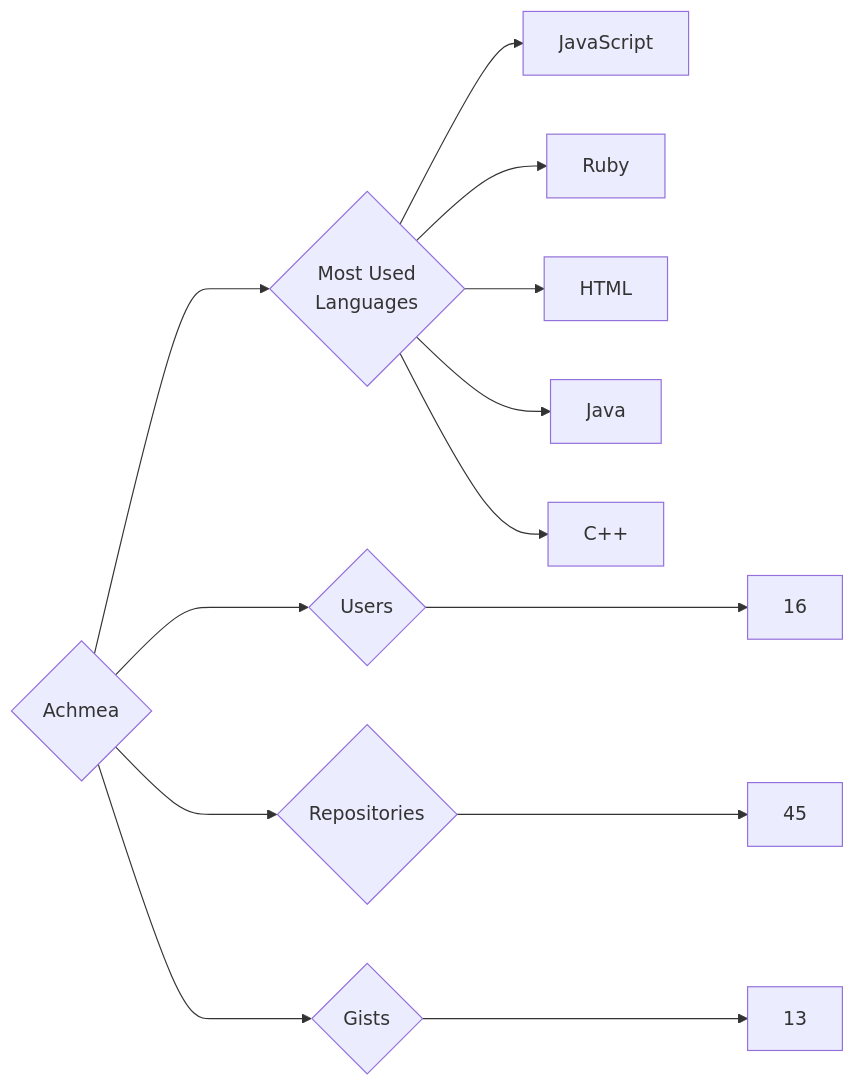
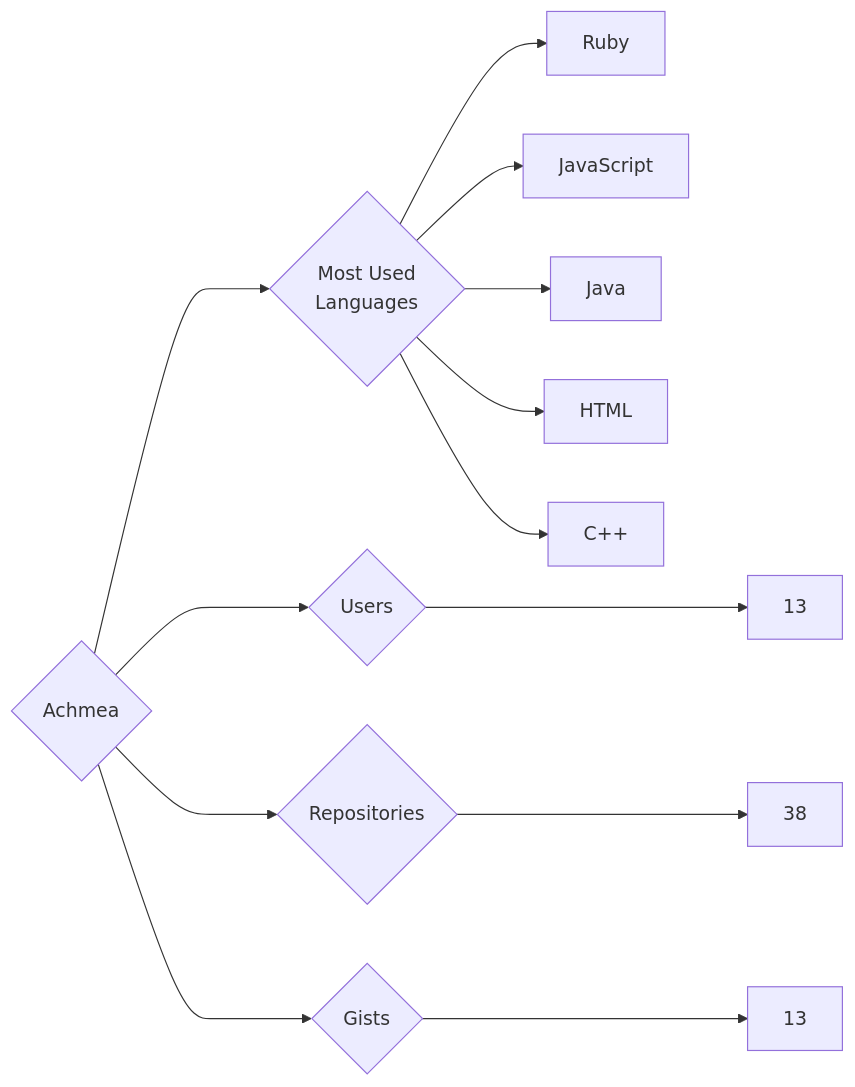
Before and after one commit to trickest/insiders: the diagram in targets/Achmea/README.md, drawn with Mermaid. The commit also changed 720 other files, not shown here.

````diff
--- a/targets/Achmea/README.md
+++ b/targets/Achmea/README.md
@@ -3,13 +3,13 @@
 ```mermaid
 graph LR
 COMPANY_NAME{Achmea}
-COMPANY_NAME ---> U{Users} ---> UN[16]
-COMPANY_NAME ---> R{Repositories} ---> RN[45]
+COMPANY_NAME ---> U{Users} ---> UN[13]
+COMPANY_NAME ---> R{Repositories} ---> RN[38]
 COMPANY_NAME ---> G{Gists} ---> GN[13]
 COMPANY_NAME ---> ML{Most Used<br>Languages}
+ML --> Ruby[Ruby]
 ML --> JavaScript[JavaScript]
-ML --> Ruby[Ruby]
+ML --> Java[Java]
 ML --> HTML[HTML]
-ML --> Java[Java]
 ML --> C++[C++]
 ```
````
